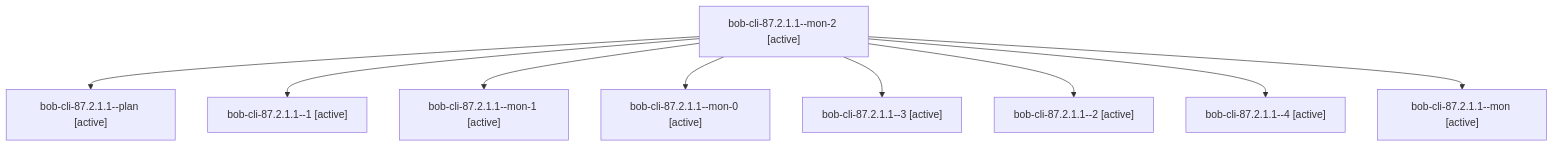
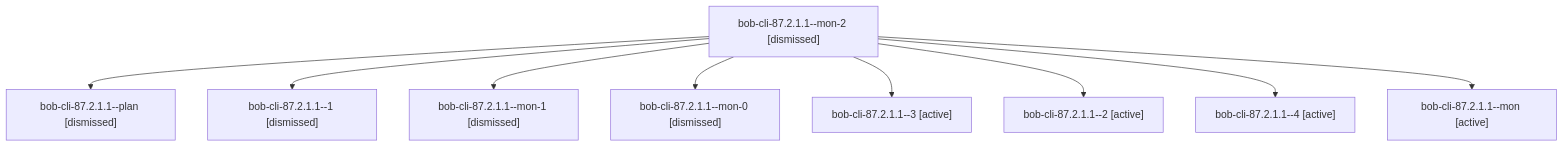
Before and after one commit to bobs-org/bob-cli--agents: the diagram in sessions/bbugyi200.athena.bob-cli-87.2.1.1.md, drawn with Mermaid. The commit also changed other lines of this file and 210 other files, not shown here.

````diff
--- a/sessions/bbugyi200.athena.bob-cli-87.2.1.1.md
+++ b/sessions/bbugyi200.athena.bob-cli-87.2.1.1.md
@@ -9,20 +9,20 @@
 ```mermaid
 flowchart TD
-  n0["bob-cli-87.2.1.1--mon-2 [active]"]
-  n1["bob-cli-87.2.1.1--plan [active]"]
+  n0["bob-cli-87.2.1.1--mon-2 [dismissed]"]
+  n1["bob-cli-87.2.1.1--plan [dismissed]"]
   n0 --> n1
-  n2["bob-cli-87.2.1.1--1 [active]"]
+  n2["bob-cli-87.2.1.1--1 [dismissed]"]
   n0 --> n2
-  n3["bob-cli-87.2.1.1--mon-1 [active]"]
+  n3["bob-cli-87.2.1.1--mon-1 [dismissed]"]
   n0 --> n3
-  n4["bob-cli-87.2.1.1--mon-0 [active]"]
+  n4["bob-cli-87.2.1.1--mon-0 [dismissed]"]
   n0 --> n4
   n5["bob-cli-87.2.1.1--3 [active]"]
   n0 --> n5
   n6["bob-cli-87.2.1.1--2 [active]"]
   n0 --> n6
   n7["bob-cli-87.2.1.1--4 [active]"]
   n0 --> n7
   n8["bob-cli-87.2.1.1--mon [active]"]
   n0 --> n8
 ```
````
